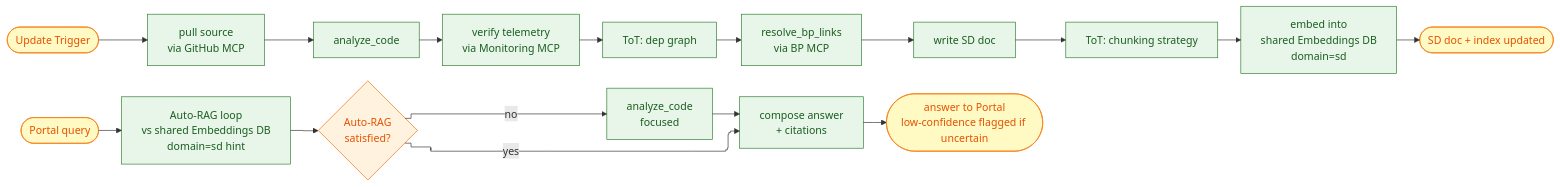
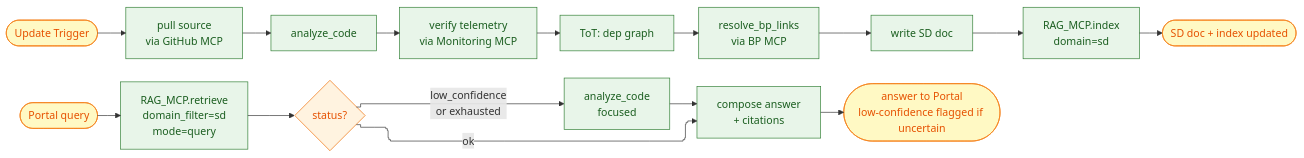
One commit to kikecorona/agentic-ai-capstone-project changed the third of 5 diagrams in PROJECT_ARCHITECTURE.md. Above: the diagram before and after it, drawn with Mermaid. The commit also changed other lines of this file and 1 other file, not shown here.

````diff
--- a/PROJECT_ARCHITECTURE.md
+++ b/PROJECT_ARCHITECTURE.md
@@ -480,25 +560,24 @@
 ```mermaid
 %%{init: {'flowchart': {'defaultRenderer': 'elk', 'curve': 'step'}}}%%
 flowchart LR
     Trig([Update Trigger]) --> Pull[pull source<br/>via GitHub MCP]
-    Port([Portal query]) --> Auto[Auto-RAG loop<br/>vs shared Embeddings DB<br/>domain=sd hint]
+    Port([Portal query]) --> Retrieve[RAG_MCP.retrieve<br/>domain_filter=sd<br/>mode=query]
     Pull --> AC[analyze_code]
     AC --> Tele[verify telemetry<br/>via Monitoring MCP]
     Tele --> ToT[ToT: dep graph]
     ToT --> XR[resolve_bp_links<br/>via BP MCP]
     XR --> Write[write SD doc]
-    Write --> ToTChunk[ToT: chunking strategy]
-    ToTChunk --> Embed[embed into<br/>shared Embeddings DB<br/>domain=sd]
-    Embed --> Done([SD doc + index updated])
-    Auto --> Cover{Auto-RAG<br/>satisfied?}
-    Cover -->|yes| Compose[compose answer<br/>+ citations]
-    Cover -->|no| ACFocus[analyze_code<br/>focused]
+    Write --> Index[RAG_MCP.index<br/>domain=sd]
+    Index --> Done([SD doc + index updated])
+    Retrieve --> Cover{status?}
+    Cover -->|ok| Compose[compose answer<br/>+ citations]
+    Cover -->|low_confidence<br/>or exhausted| ACFocus[analyze_code<br/>focused]
     ACFocus --> Compose
     Compose --> Out([answer to Portal<br/>low-confidence flagged if uncertain])
     classDef node fill: #E8F5E9, stroke: #2E7D32, color: #1B5E20
     classDef decision fill: #FFF3E0, stroke: #EF6C00, color: #E65100
     classDef portal fill: #FFF9C4, stroke: #F57F17, color: #E65100
-    class Pull,AC,Tele,ToT,XR,Write,ToTChunk,Embed,Auto,ACFocus,Compose node
+    class Pull,AC,Tele,ToT,XR,Write,Index,Retrieve,ACFocus,Compose node
     class Cover decision
     class Trig,Port,Done,Out portal
 ```
````
